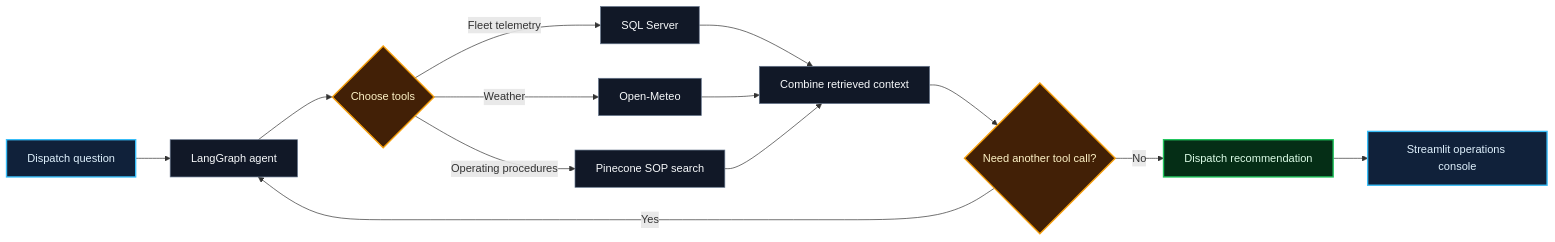
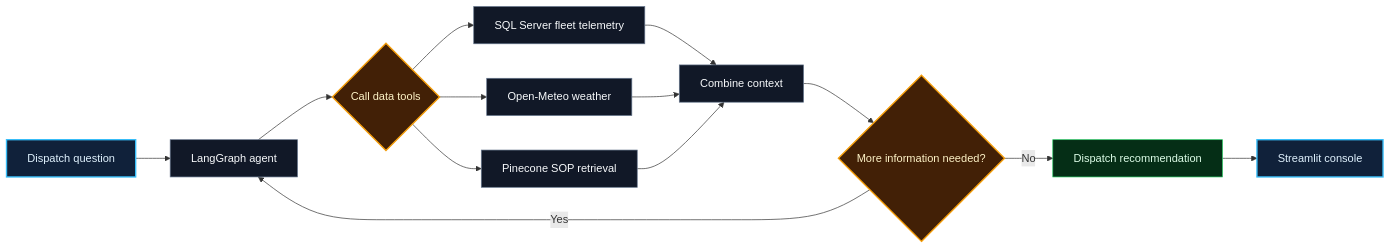
Before and after one commit to Pradeep-Kumar-30/pradeep-kumar-30: the fourth of 4 diagrams in README.md, drawn with Mermaid. The commit also changed other lines of this file, not shown here.

````diff
--- a/README.md
+++ b/README.md
@@ -136,23 +126,23 @@
 ```mermaid
 flowchart LR
-    U[Dispatch question] --> A[LangGraph agent]
-    A --> T{Choose tools}
-    T -->|Fleet telemetry| SQL[SQL Server]
-    T -->|Weather| WX[Open-Meteo]
-    T -->|Operating procedures| V[Pinecone SOP search]
-    SQL --> C[Combine retrieved context]
-    WX --> C
-    V --> C
-    C --> G{Need another tool call?}
-    G -->|Yes| A
-    G -->|No| R[Dispatch recommendation]
-    R --> UI[Streamlit operations console]
-    classDef entry fill:#10213A,stroke:#38BDF8,color:#E0F2FE,stroke-width:2px
+    A[Dispatch question] --> B[LangGraph agent]
+    B --> C{Call data tools}
+    C --> D[SQL Server fleet telemetry]
+    C --> E[Open-Meteo weather]
+    C --> F[Pinecone SOP retrieval]
+    D --> G[Combine context]
+    E --> G
+    F --> G
+    G --> H{More information needed?}
+    H -->|Yes| B
+    H -->|No| I[Dispatch recommendation]
+    I --> J[Streamlit console]
+    classDef input fill:#10213A,stroke:#38BDF8,color:#E0F2FE,stroke-width:2px
     classDef step fill:#111827,stroke:#64748B,color:#F8FAFC
-    classDef choice fill:#422006,stroke:#F59E0B,color:#FEF3C7,stroke-width:2px
-    classDef result fill:#052E16,stroke:#22C55E,color:#DCFCE7,stroke-width:2px
-    class U,UI entry
-    class A,SQL,WX,V,C step
-    class T,G choice
-    class R result
+    classDef gate fill:#422006,stroke:#F59E0B,color:#FEF3C7,stroke-width:2px
+    classDef done fill:#052E16,stroke:#22C55E,color:#DCFCE7
+    class A,J input
+    class B,D,E,F,G step
+    class C,H gate
+    class I done
 ```
````
